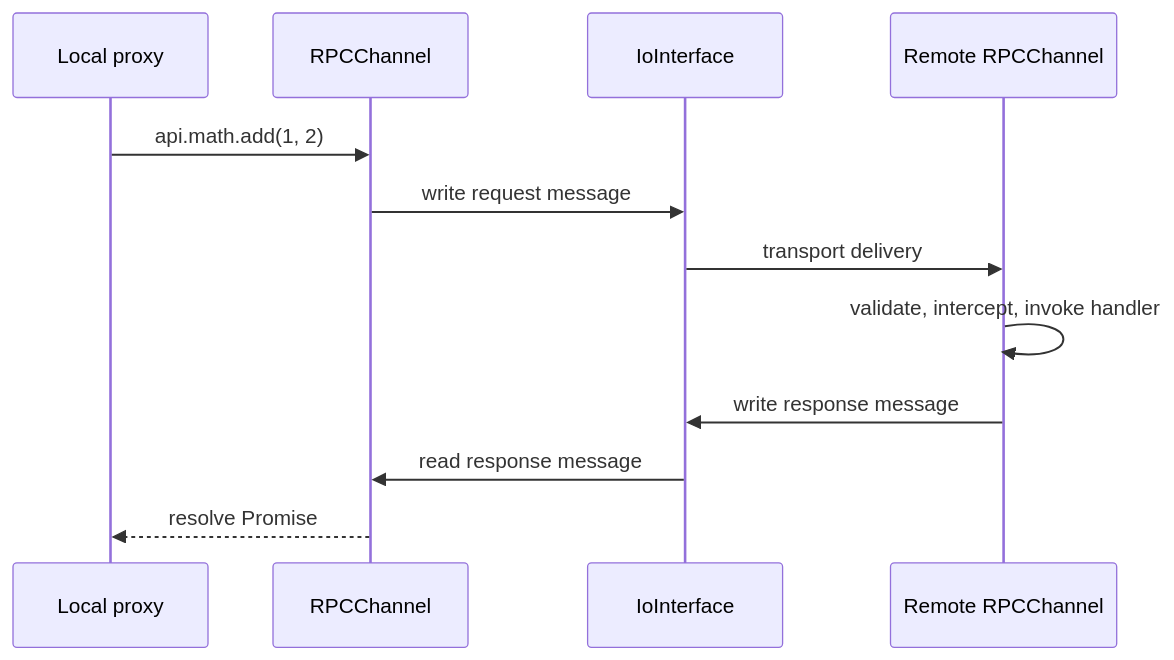
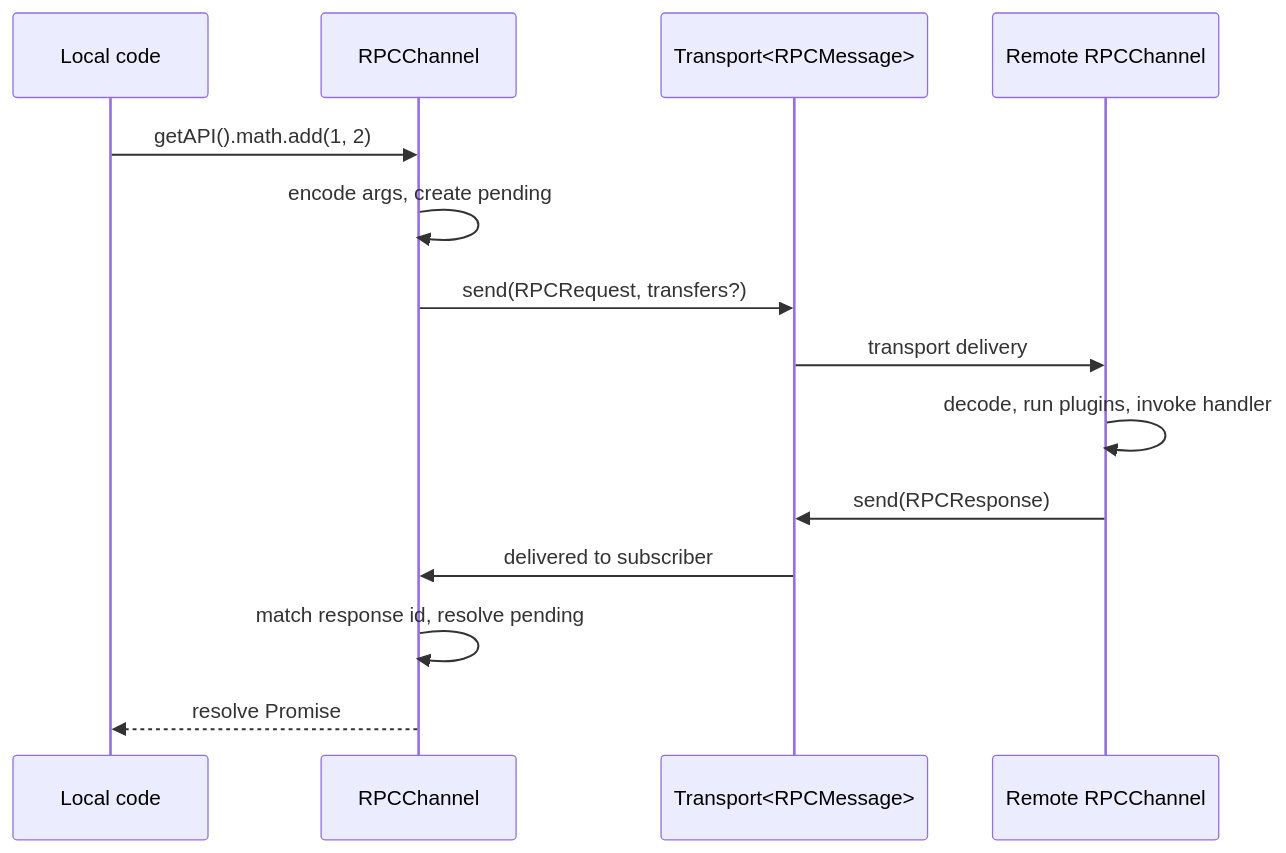
Before and after one commit to kunkunsh/kkrpc: the third of 3 diagrams in .repowiki/en/content/System Overview.md, drawn with Mermaid. The commit also changed other lines of this file and 11 other files, not shown here.

First line of the commit message:
refactor: update transport architecture and documentation

````diff
--- a/.repowiki/en/content/System Overview.md
+++ b/.repowiki/en/content/System Overview.md
@@ -84,14 +118,16 @@
 ```mermaid
 sequenceDiagram
-    participant Local as Local proxy
+    participant Local as Local code
     participant Channel as RPCChannel
-    participant IO as IoInterface
+    participant Transport as Transport<RPCMessage>
     participant Remote as Remote RPCChannel
-    Local->>Channel: api.math.add(1, 2)
-    Channel->>IO: write request message
-    IO->>Remote: transport delivery
-    Remote->>Remote: validate, intercept, invoke handler
-    Remote->>IO: write response message
-    IO->>Channel: read response message
+    Local->>Channel: getAPI().math.add(1, 2)
+    Channel->>Channel: encode args, create pending
+    Channel->>Transport: send(RPCRequest, transfers?)
+    Transport->>Remote: transport delivery
+    Remote->>Remote: decode, run plugins, invoke handler
+    Remote->>Transport: send(RPCResponse)
+    Transport->>Channel: delivered to subscriber
+    Channel->>Channel: match response id, resolve pending
     Channel-->>Local: resolve Promise
 ```
````
